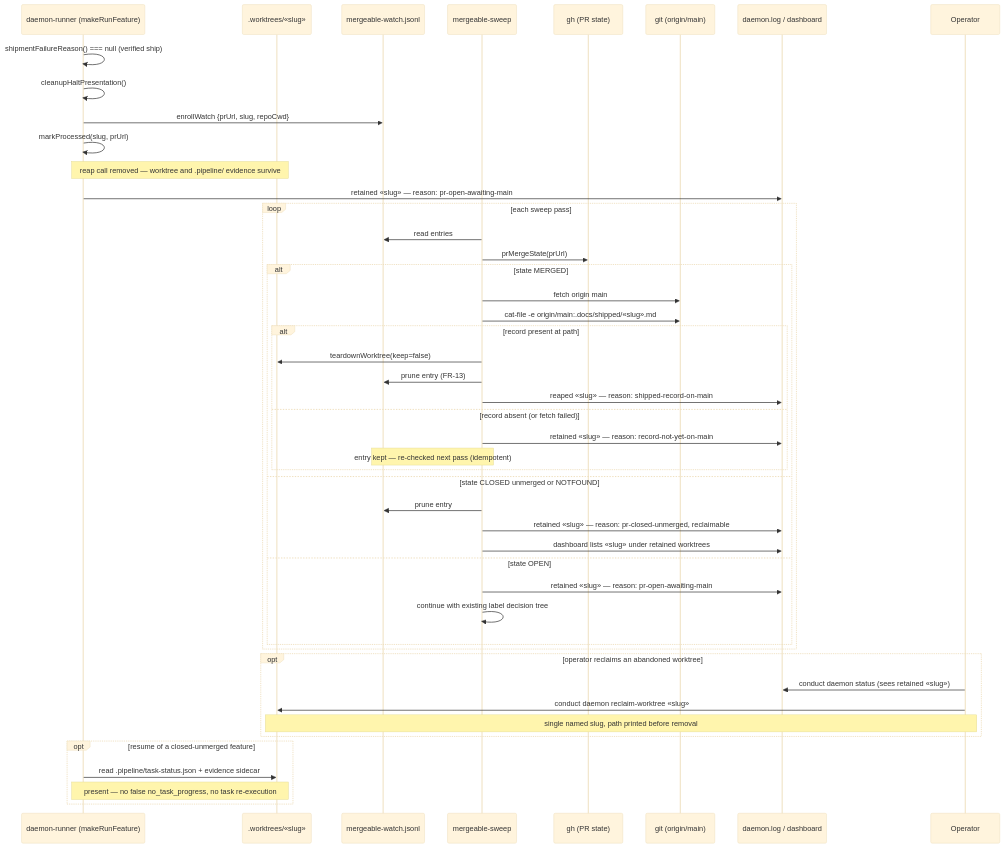
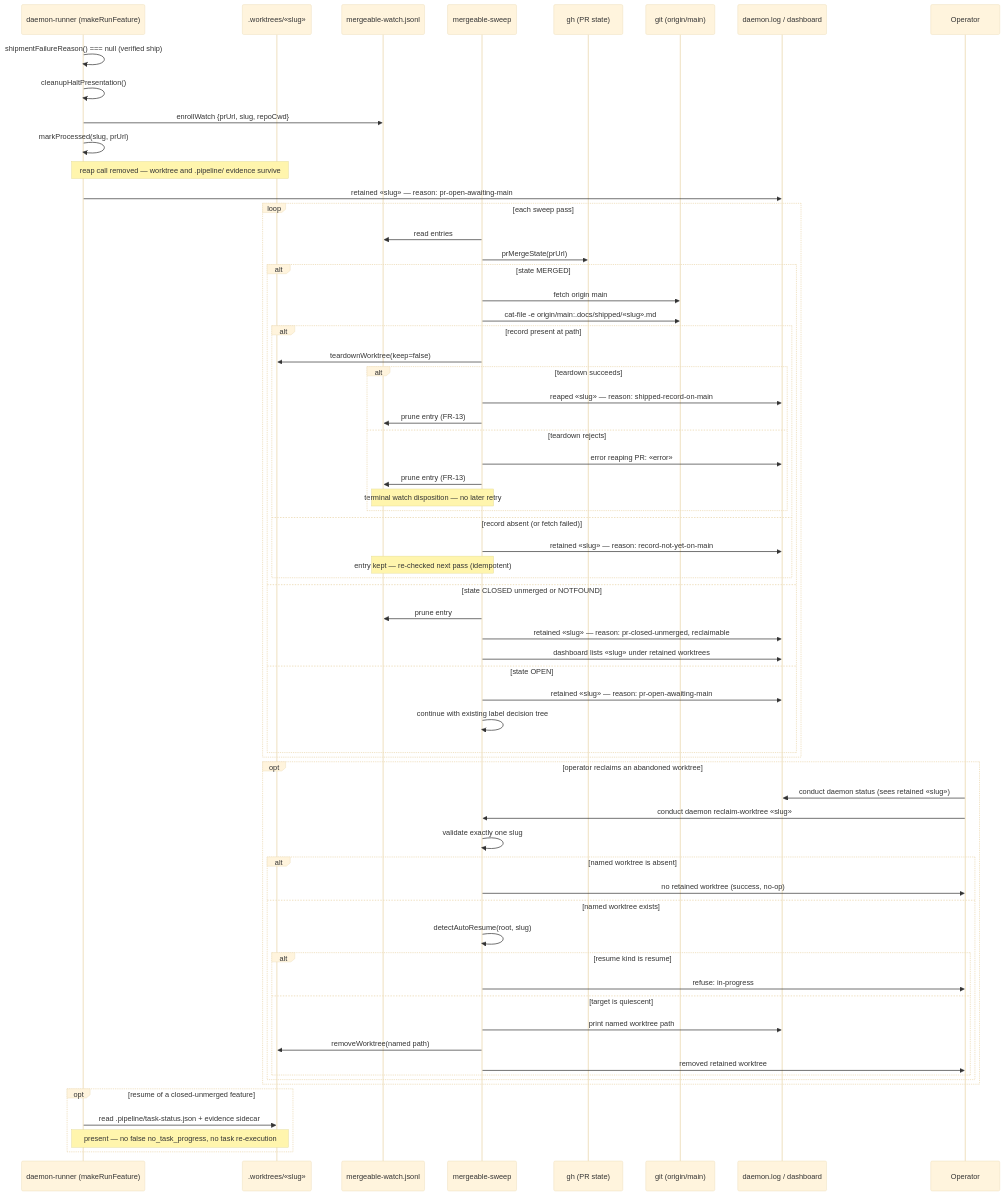
Before and after one commit to jstoup111/ai-conductor: the diagram in .docs/architecture/sequences/daemon-reaps-a-feature-worktree-at-pr-open-before-.md, drawn with Mermaid (base theme). The commit also changed other lines of this file and 1 other file, not shown here.

Commit message:
docs(architecture): reflect guarded reclaim and reap failure

````diff
--- a/.docs/architecture/sequences/daemon-reaps-a-feature-worktree-at-pr-open-before-.md
+++ b/.docs/architecture/sequences/daemon-reaps-a-feature-worktree-at-pr-open-before-.md
@@ -10,53 +10,71 @@
 ```mermaid
 sequenceDiagram
     participant R as daemon-runner (makeRunFeature)
     participant W as .worktrees/«slug»
     participant REG as mergeable-watch.jsonl
     participant S as mergeable-sweep
     participant GH as gh (PR state)
     participant G as git (origin/main)
     participant L as daemon.log / dashboard
     participant OP as Operator
 
     R->>R: shipmentFailureReason() === null (verified ship)
     R->>R: cleanupHaltPresentation()
     R->>REG: enrollWatch {prUrl, slug, repoCwd}
     R->>R: markProcessed(slug, prUrl)
     Note over R,W: reap call removed — worktree and .pipeline/ evidence survive
     R->>L: retained «slug» — reason: pr-open-awaiting-main
 
     loop each sweep pass
         S->>REG: read entries
         S->>GH: prMergeState(prUrl)
         alt state MERGED
             S->>G: fetch origin main
             S->>G: cat-file -e origin/main:.docs/shipped/«slug».md
             alt record present at path
                 S->>W: teardownWorktree(keep=false)
-                S->>REG: prune entry (FR-13)
-                S->>L: reaped «slug» — reason: shipped-record-on-main
+                alt teardown succeeds
+                    S->>L: reaped «slug» — reason: shipped-record-on-main
+                    S->>REG: prune entry (FR-13)
+                else teardown rejects
+                    S->>L: error reaping PR: «error»
+                    S->>REG: prune entry (FR-13)
+                    Note over S,REG: terminal watch disposition — no later retry
+                end
             else record absent (or fetch failed)
                 S->>L: retained «slug» — reason: record-not-yet-on-main
                 Note over S,REG: entry kept — re-checked next pass (idempotent)
             end
         else state CLOSED unmerged or NOTFOUND
             S->>REG: prune entry
             S->>L: retained «slug» — reason: pr-closed-unmerged, reclaimable
             S->>L: dashboard lists «slug» under retained worktrees
         else state OPEN
             S->>L: retained «slug» — reason: pr-open-awaiting-main
             S->>S: continue with existing label decision tree
         end
     end
 
     opt operator reclaims an abandoned worktree
         OP->>L: conduct daemon status (sees retained «slug»)
-        OP->>W: conduct daemon reclaim-worktree «slug»
-        Note over OP,W: single named slug, path printed before removal
+        OP->>S: conduct daemon reclaim-worktree «slug»
+        S->>S: validate exactly one slug
+        alt named worktree is absent
+            S->>OP: no retained worktree (success, no-op)
+        else named worktree exists
+            S->>S: detectAutoResume(root, slug)
+            alt resume kind is resume
+                S->>OP: refuse: in-progress
+            else target is quiescent
+                S->>L: print named worktree path
+                S->>W: removeWorktree(named path)
+                S->>OP: removed retained worktree
+            end
+        end
     end
 
     opt resume of a closed-unmerged feature
         R->>W: read .pipeline/task-status.json + evidence sidecar
         Note over R,W: present — no false no_task_progress, no task re-execution
     end
 ```
````
